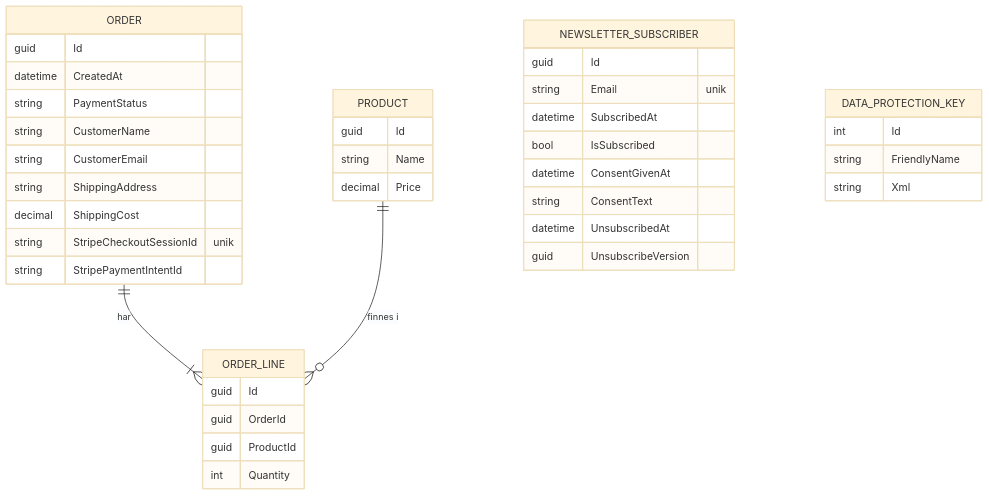
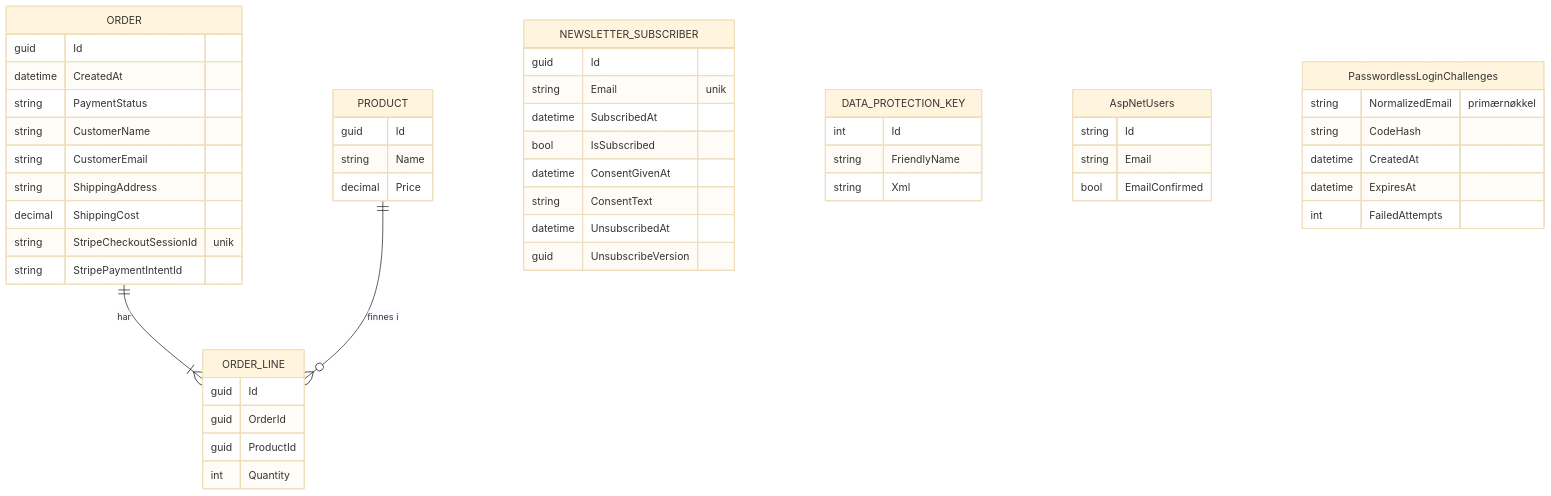
One commit to Khhashi/Nordly changed the fifth of 6 diagrams in docs/ARCHITECTURE.md. Above: the diagram before and after it, drawn with Mermaid (base theme). The commit also changed other lines of this file and 1 other file, not shown here.

````diff
--- a/docs/ARCHITECTURE.md
+++ b/docs/ARCHITECTURE.md
@@ -133,42 +171,54 @@
 ```mermaid
 erDiagram
     ORDER ||--|{ ORDER_LINE : har
     PRODUCT ||--o{ ORDER_LINE : "finnes i"
     ORDER {
         guid Id
         datetime CreatedAt
         string PaymentStatus
         string CustomerName
         string CustomerEmail
         string ShippingAddress
         decimal ShippingCost
         string StripeCheckoutSessionId "unik"
         string StripePaymentIntentId
     }
     ORDER_LINE {
         guid Id
         guid OrderId
         guid ProductId
         int Quantity
     }
     PRODUCT {
         guid Id
         string Name
         decimal Price
     }
     NEWSLETTER_SUBSCRIBER {
         guid Id
         string Email "unik"
         datetime SubscribedAt
         bool IsSubscribed
         datetime ConsentGivenAt
         string ConsentText
         datetime UnsubscribedAt
         guid UnsubscribeVersion
     }
     DATA_PROTECTION_KEY {
         int Id
         string FriendlyName
         string Xml
     }
+    AspNetUsers {
+        string Id
+        string Email
+        bool EmailConfirmed
+    }
+    PasswordlessLoginChallenges {
+        string NormalizedEmail "primærnøkkel"
+        string CodeHash
+        datetime CreatedAt
+        datetime ExpiresAt
+        int FailedAttempts
+    }
 ```
````
